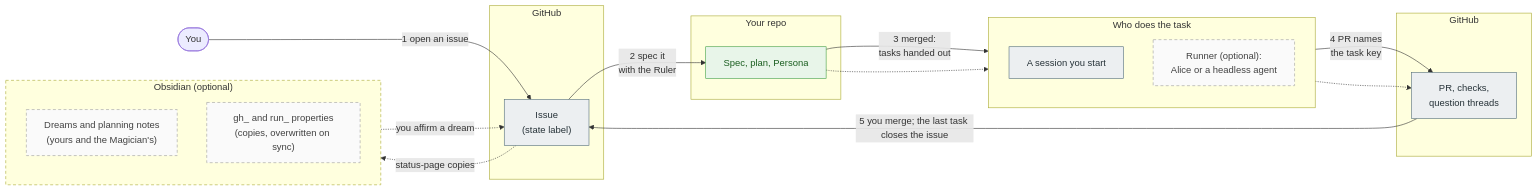
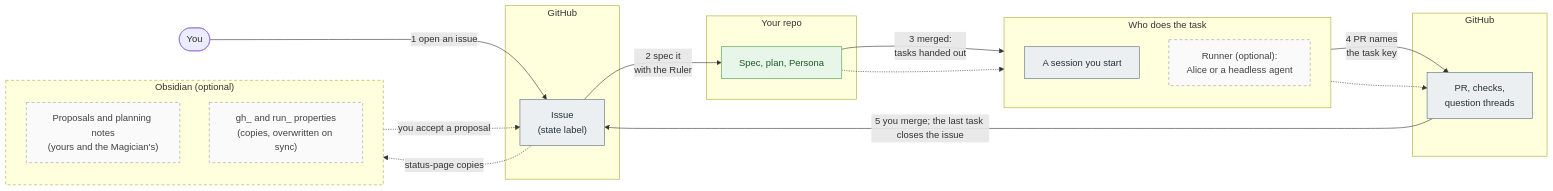
The first of 2 diagrams in docs/Development flow.md (aglowinthefield/unconscious-development), drawn with Mermaid before and after one commit. The commit also changed other lines of this file and 2 other files, not shown here.

Commit message:
Stop task bodies asking for a Shadow, have /build claim the Alice card, and call the Magician's dreams proposals (#39)
Alice's reviewer is the gate for Alice runs and /build sends its own Shadow, so the line made the Creator review itself. /build moves a Ready or Failed task card back to Triage before it builds, and stops when Alice is running or reviewing it.

````diff
--- a/docs/Development flow.md
+++ b/docs/Development flow.md
@@ -12,47 +12,47 @@
 ```mermaid
 flowchart LR
   Self(["You"])
 
   subgraph GH1["GitHub"]
     Issues["Issue<br/>(state label)"]
   end
 
   subgraph Repo["Your repo"]
     Specs["Spec, plan, Persona"]
   end
 
   subgraph Do["Who does the task"]
     direction TB
     Session["A session you start"]
     Alice["Runner (optional):<br/>Alice or a headless agent"]
   end
 
   subgraph GH2["GitHub"]
     PRs["PR, checks,<br/>question threads"]
   end
 
   subgraph Vault["Obsidian (optional)"]
     direction TB
-    Dreams["Dreams and planning notes<br/>(yours and the Magician's)"]
+    Proposals["Proposals and planning notes<br/>(yours and the Magician's)"]
     Copies["gh_ and run_ properties<br/>(copies, overwritten on sync)"]
   end
 
   Self -- "1 open an issue" --> Issues
   Issues -- "2 spec it<br/>with the Ruler" --> Specs
   Specs -- "3 merged:<br/>tasks handed out" --> Session
   Specs -.-> Alice
   Session -- "4 PR names<br/>the task key" --> PRs
   Alice -.-> PRs
   PRs -- "5 you merge; the last task closes the issue" --> Issues
 
-  Dreams -. "you affirm a dream" .-> Issues
+  Proposals -. "you accept a proposal" .-> Issues
   Issues -. "status-page copies" .-> Copies
 
   classDef core fill:#eceff1,stroke:#546e7a,color:#263238
   classDef repo fill:#e8f5e9,stroke:#43a047,color:#1b5e20
   classDef opt fill:#fafafa,stroke:#9e9e9e,stroke-dasharray:5 4,color:#424242
   class Issues,PRs,Session core
   class Specs repo
-  class Dreams,Copies,Alice opt
+  class Proposals,Copies,Alice opt
   style Vault stroke-dasharray:5 4
 ```
````
